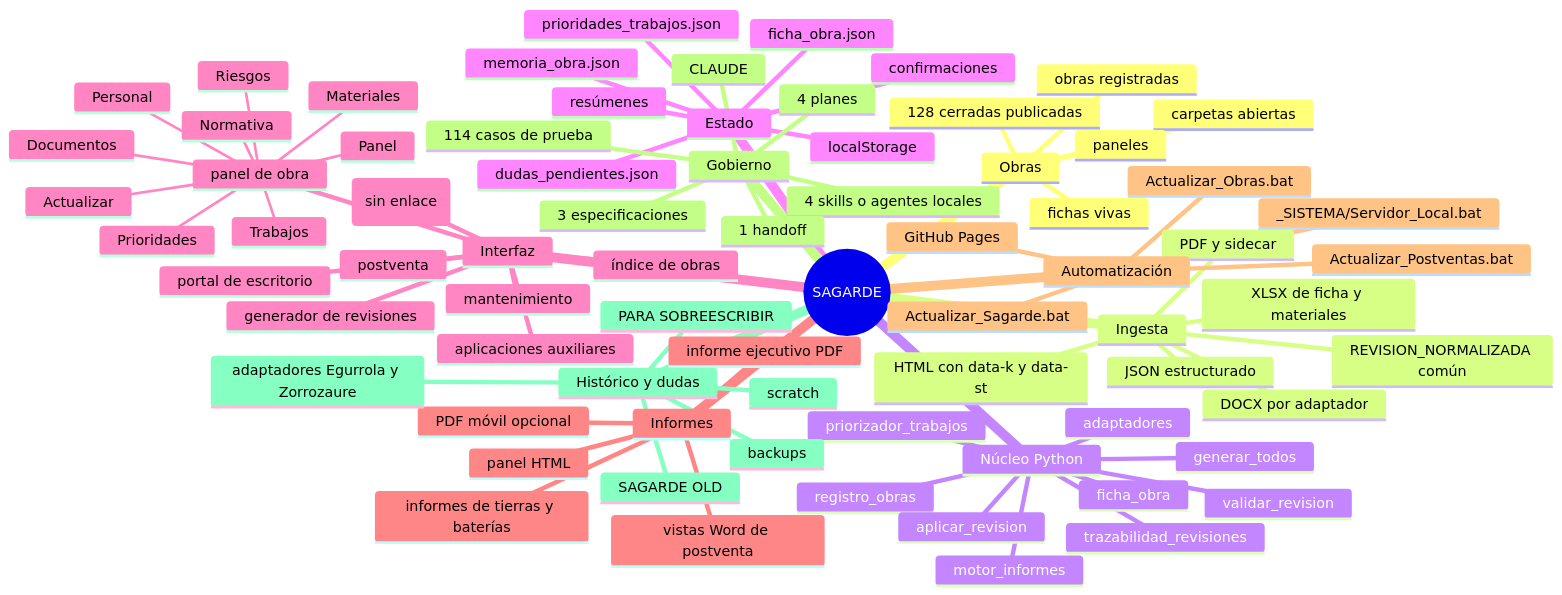
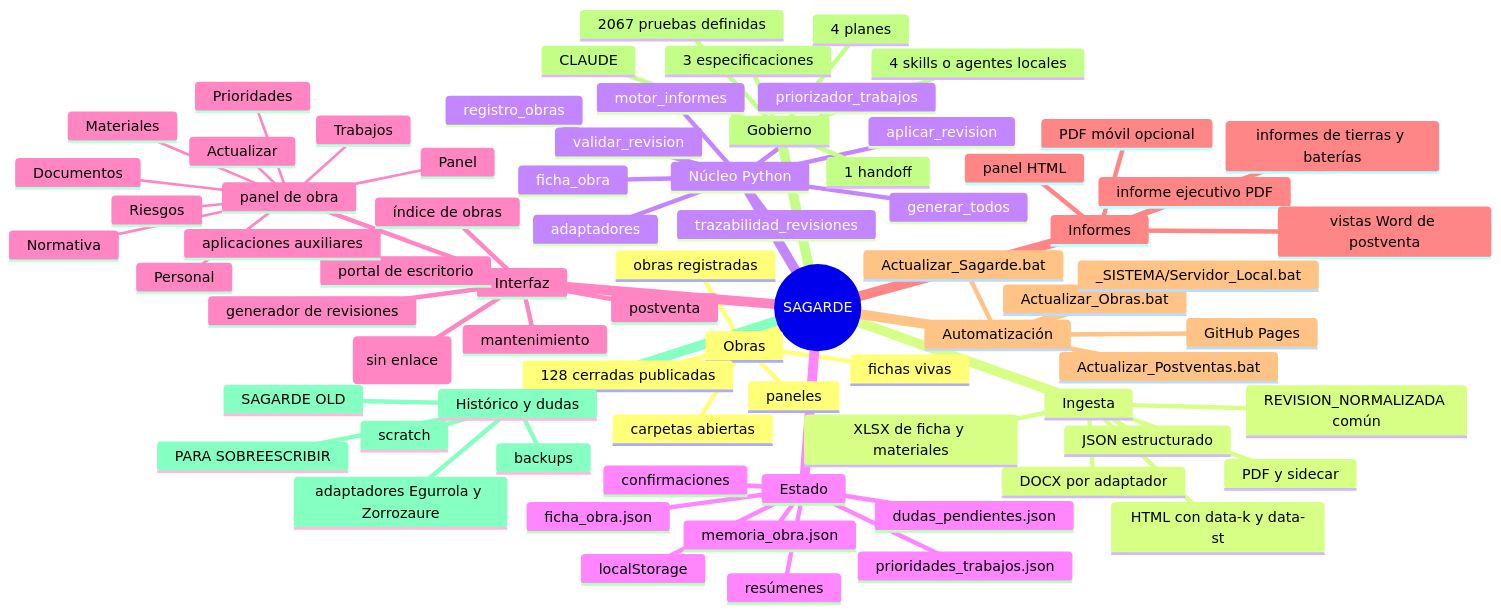
The first of 4 diagrams in _SISTEMA/docs/SAGARDE_MAPA_MENTAL_ENTORNO.md (bixente-69/centro-mando-sagarde), drawn with Mermaid before and after one commit. The commit also changed other lines of this file and 2 other files, not shown here.

First line of the commit message:
Memoria y mapa mental: generador de revisiones, trabajo de campo y entorno de pruebas

````diff
--- a/_SISTEMA/docs/SAGARDE_MAPA_MENTAL_ENTORNO.md
+++ b/_SISTEMA/docs/SAGARDE_MAPA_MENTAL_ENTORNO.md
@@ -191,78 +193,78 @@
 ```mermaid
 mindmap
   root((SAGARDE))
     Obras
       carpetas abiertas
       obras registradas
       fichas vivas
       paneles
       128 cerradas publicadas
     Ingesta
       DOCX por adaptador
       PDF y sidecar
       HTML con data-k y data-st
       JSON estructurado
       XLSX de ficha y materiales
       REVISION_NORMALIZADA común
     Núcleo Python
       registro_obras
       adaptadores
       ficha_obra
       validar_revision
       aplicar_revision
       trazabilidad_revisiones
       motor_informes
       priorizador_trabajos
       generar_todos
     Estado
       ficha_obra.json
       memoria_obra.json
       prioridades_trabajos.json
       dudas_pendientes.json
       confirmaciones
       resúmenes
       localStorage
     Interfaz
       portal de escritorio
       portal móvil (sin enlace)
       índice de obras
       panel de obra
         Panel
         Trabajos
         Materiales
         Personal
         Prioridades
         Riesgos
         Normativa
         Documentos
         Actualizar
       generador de revisiones
       postventa
       mantenimiento
       aplicaciones auxiliares
     Informes
       panel HTML
       informe ejecutivo PDF
       PDF móvil opcional
       vistas Word de postventa
       informes de tierras y baterías
     Automatización
       Actualizar_Sagarde.bat
       Actualizar_Obras.bat
       Actualizar_Postventas.bat
       _SISTEMA/Servidor_Local.bat
       GitHub Pages
     Gobierno
       CLAUDE
       4 skills o agentes locales
       4 planes
       1 handoff
       3 especificaciones
-      114 casos de prueba
+      2067 pruebas definidas
     Histórico y dudas
       SAGARDE OLD
       backups
       scratch
       PARA SOBREESCRIBIR
       adaptadores Egurrola y Zorrozaure
 ```
````
